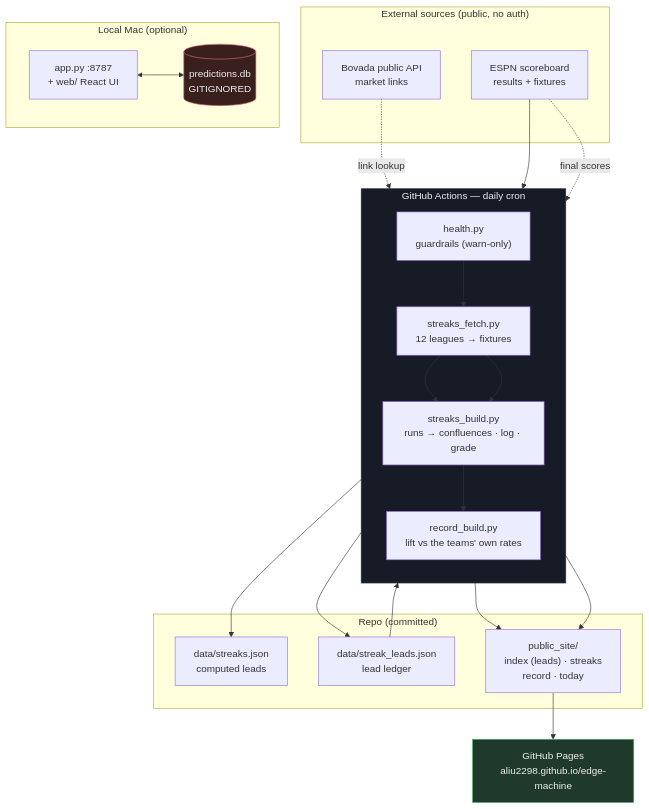
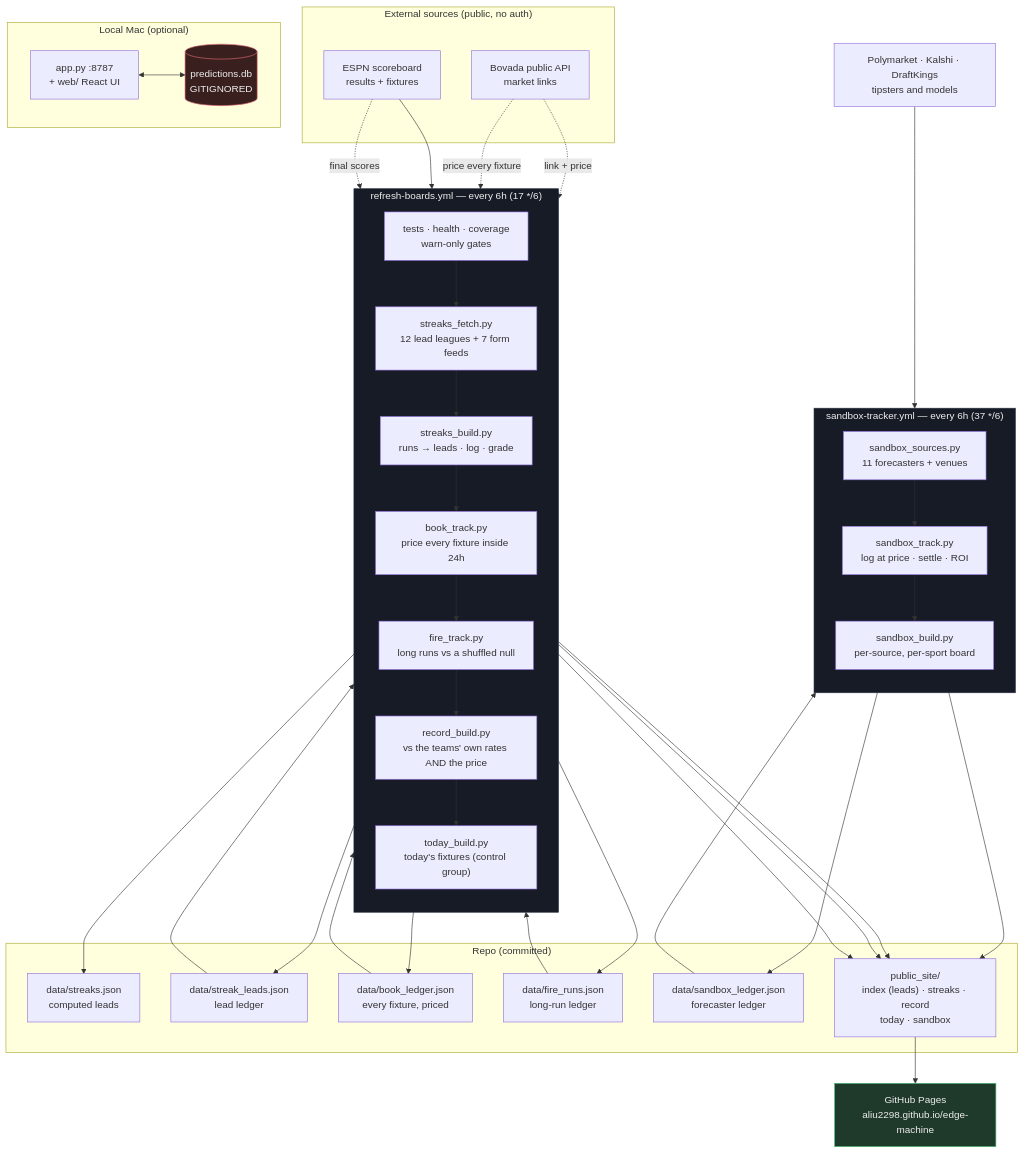
The diagram in README.md (aliu2298/edge-machine), drawn with Mermaid before and after one commit. The commit also changed other lines of this file and 9 other files, not shown here.

````diff
--- a/README.md
+++ b/README.md
@@ -18,43 +19,65 @@
 ```mermaid
 flowchart TB
-    subgraph CI["GitHub Actions — daily cron"]
+    subgraph CI["refresh-boards.yml — every 6h (17 */6)"]
         direction TB
-        HC["health.py<br/>guardrails (warn-only)"]
-        SF["streaks_fetch.py<br/>12 leagues → fixtures"]
-        SB["streaks_build.py<br/>runs → confluences · log · grade"]
-        RB["record_build.py<br/>lift vs the teams' own rates"]
-        HC --> SF --> SB --> RB
+        TS["tests · health · coverage<br/>warn-only gates"]
+        SF["streaks_fetch.py<br/>12 lead leagues + 7 form feeds"]
+        SB["streaks_build.py<br/>runs → leads · log · grade"]
+        BT["book_track.py<br/>price every fixture inside 24h"]
+        FT["fire_track.py<br/>long runs vs a shuffled null"]
+        RB["record_build.py<br/>vs the teams' own rates AND the price"]
+        TD["today_build.py<br/>today's fixtures (control group)"]
+        TS --> SF --> SB --> BT --> FT --> RB --> TD
+    end
+
+    subgraph SX["sandbox-tracker.yml — every 6h (37 */6)"]
+        direction TB
+        SS["sandbox_sources.py<br/>11 forecasters + venues"]
+        ST["sandbox_track.py<br/>log at price · settle · ROI"]
+        SBD["sandbox_build.py<br/>per-source, per-sport board"]
+        SS --> ST --> SBD
     end
 
     subgraph EXT["External sources (public, no auth)"]
         BOV["Bovada public API<br/>market links"]
         ESPN["ESPN scoreboard<br/>results + fixtures"]
     end
 
     subgraph REPO["Repo (committed)"]
         SJ["data/streaks.json<br/>computed leads"]
         SLJ["data/streak_leads.json<br/>lead ledger"]
-        OUT["public_site/<br/>index (leads) · streaks<br/>record · today"]
+        BLJ["data/book_ledger.json<br/>every fixture, priced"]
+        FRJ["data/fire_runs.json<br/>long-run ledger"]
+        SXJ["data/sandbox_ledger.json<br/>forecaster ledger"]
+        OUT["public_site/<br/>index (leads) · streaks · record<br/>today · sandbox"]
     end
 
     subgraph LOCAL["Local Mac (optional)"]
         APP["app.py :8787<br/>+ web/ React UI"]
         DB[("predictions.db<br/>GITIGNORED")]
         APP <--> DB
     end
 
-    BOV -.link lookup.-> SB
+    BOV -.link + price.-> SB
+    BOV -.price every fixture.-> BT
     ESPN --> SF
     ESPN -.final scores.-> SB
+    MKT["Polymarket · Kalshi · DraftKings<br/>tipsters and models"] --> SS
 
-    SF --> SB --> SJ
+    SB --> SJ
     SB --> SLJ --> RB
+    BT --> BLJ --> RB
+    FT --> FRJ --> RB
+    ST --> SXJ --> SBD
     SB --> OUT
     RB --> OUT
+    TD --> OUT
+    SBD --> OUT
 
     OUT --> PAGES["GitHub Pages<br/>aliu2298.github.io/edge-machine"]
 
     style DB fill:#3a1f1f,stroke:#e06c75,color:#eee
     style PAGES fill:#1f3a2a,stroke:#3fb970,color:#eee
     style CI fill:#161b26,stroke:#2b3245,color:#eee
+    style SX fill:#161b26,stroke:#2b3245,color:#eee
 ```
````
